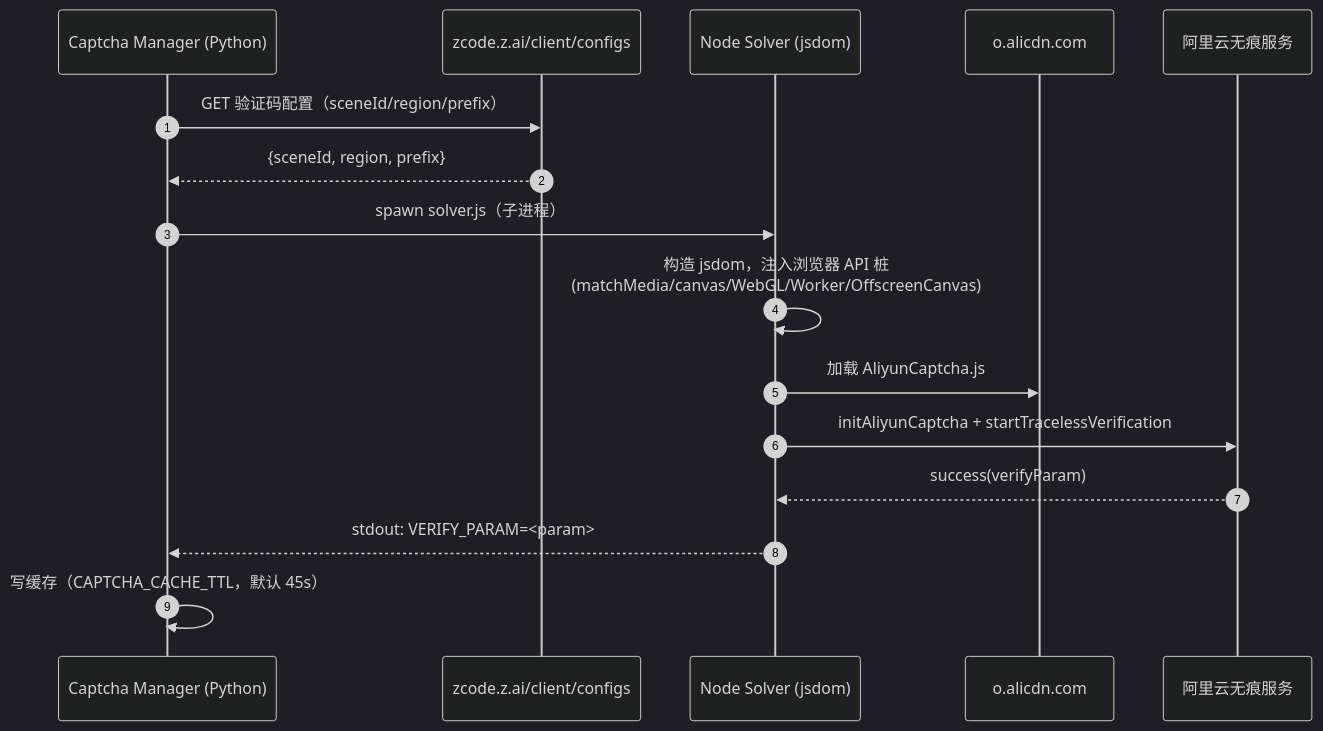
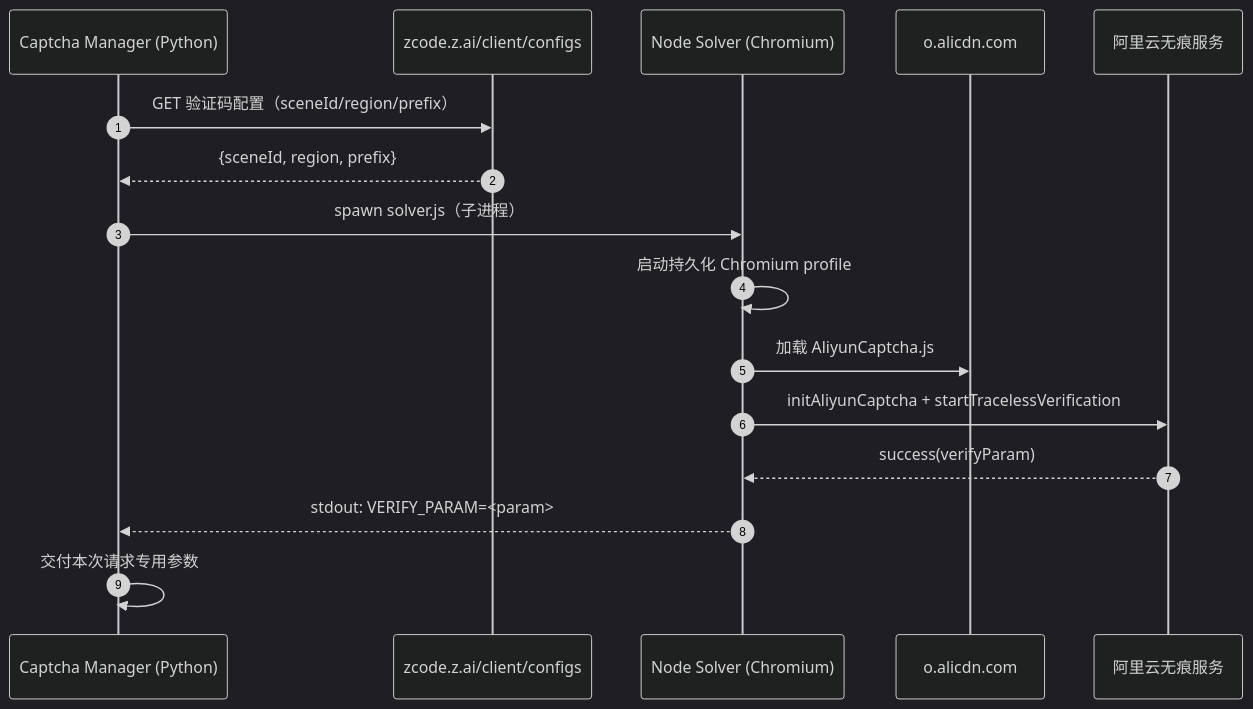
Before and after one commit to hechushitaoyuan/zca: the fourth of 4 diagrams in docs/ARCHITECTURE.md, drawn with Mermaid (dark theme). The commit also changed other lines of this file and 16 other files, not shown here.

````diff
--- a/docs/ARCHITECTURE.md
+++ b/docs/ARCHITECTURE.md
@@ -213,19 +213,19 @@
 ```mermaid
 sequenceDiagram
     autonumber
     participant CM as Captcha Manager (Python)
     participant CFG as zcode.z.ai/client/configs
-    participant SV as Node Solver (jsdom)
+    participant SV as Node Solver (Chromium)
     participant CDN as o.alicdn.com
     participant ALI as 阿里云无痕服务
 
     CM->>CFG: GET 验证码配置（sceneId/region/prefix）
     CFG-->>CM: {sceneId, region, prefix}
     CM->>SV: spawn solver.js（子进程）
-    SV->>SV: 构造 jsdom，注入浏览器 API 桩<br/>(matchMedia/canvas/WebGL/Worker/OffscreenCanvas)
+    SV->>SV: 启动持久化 Chromium profile
     SV->>CDN: 加载 AliyunCaptcha.js
     SV->>ALI: initAliyunCaptcha + startTracelessVerification
     ALI-->>SV: success(verifyParam)
     SV-->>CM: stdout: VERIFY_PARAM=<param>
-    CM->>CM: 写缓存（CAPTCHA_CACHE_TTL，默认 45s）
+    CM->>CM: 交付本次请求专用参数
 ```
````
